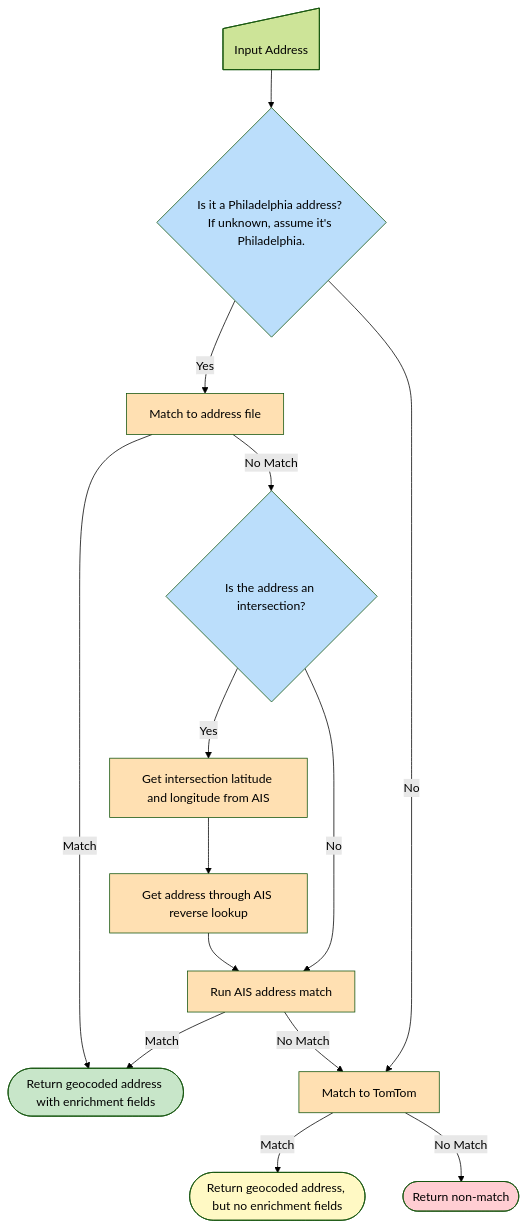
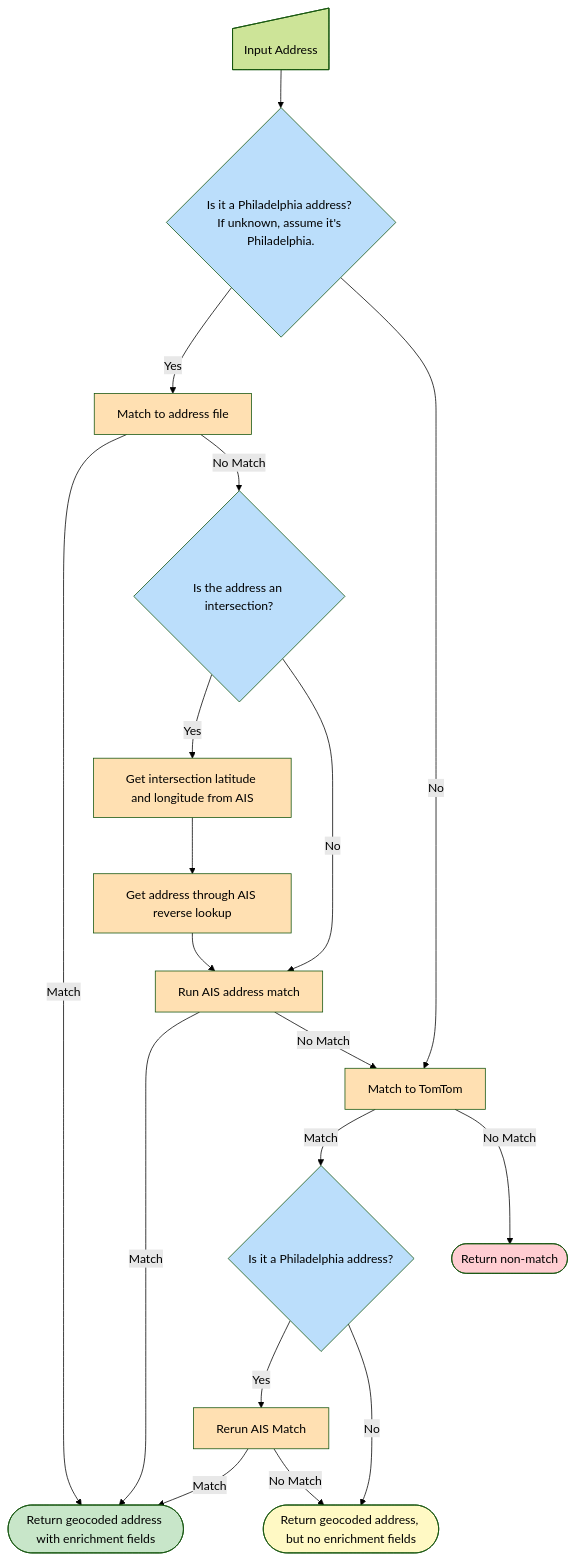
Before and after one commit to CityOfPhiladelphia/address-batch-geocoder: the diagram in README.md, drawn with Mermaid (forest theme). The commit also changed other lines of this file, not shown here.

Commit message:
Update mermaid diagram to reflect new process

````diff
--- a/README.md
+++ b/README.md
@@ -284,38 +287,45 @@
 ```mermaid
 flowchart TB
     A["Input Address"] --> B@{ label: "Is it a Philadelphia address? If unknown, assume it's Philadelphia." }
     B -- Yes --> C["Match to address file"]
     B -- No --> D["Match to TomTom"]
     C -- Match --> E["Return geocoded address with enrichment fields"]
     C -- No Match --> F["Is the address an intersection?"]
-    D -- Match --> G["Return geocoded address, but no enrichment fields"]
+    D -- Match --> G["Is it a Philadelphia address?"]
     D -- No Match --> H["Return non-match"]
     F -- Yes --> I["Get intersection latitude and longitude from AIS"]
     F -- No --> J["Run AIS address match"]
     I --> K["Get address through AIS reverse lookup"]
     J -- Match --> E
     J -- No Match --> D
     K --> J
-
+    G -- Yes --> M["Rerun AIS Match"]
+    G -- No --> N["Return geocoded address, but no enrichment fields"]
+    M -- Match --> E
+    M -- No Match --> N
     A@{ shape: manual-input}
     B@{ shape: decision}
     C@{ shape: process}
     D@{ shape: process}
     E@{ shape: terminal}
     F@{ shape: decision}
-    G@{ shape: terminal}
+    G@{ shape: decision}
     H@{ shape: terminal}
     I@{ shape: process}
     J@{ shape: process}
     K@{ shape: process}
+    M@{ shape: process}
+    N@{ shape: terminal}
     style B fill:#BBDEFB
     style C fill:#FFE0B2
     style D fill:#FFE0B2
     style E fill:#C8E6C9
     style F fill:#BBDEFB
-    style G fill:#FFF9C4
+    style G fill:#BBDEFB
     style H fill:#FFCDD2
     style I fill:#FFE0B2
     style J fill:#FFE0B2
     style K fill:#FFE0B2
+    style M fill:#FFE0B2
+    style N fill:#FFF9C4
 ```
````
